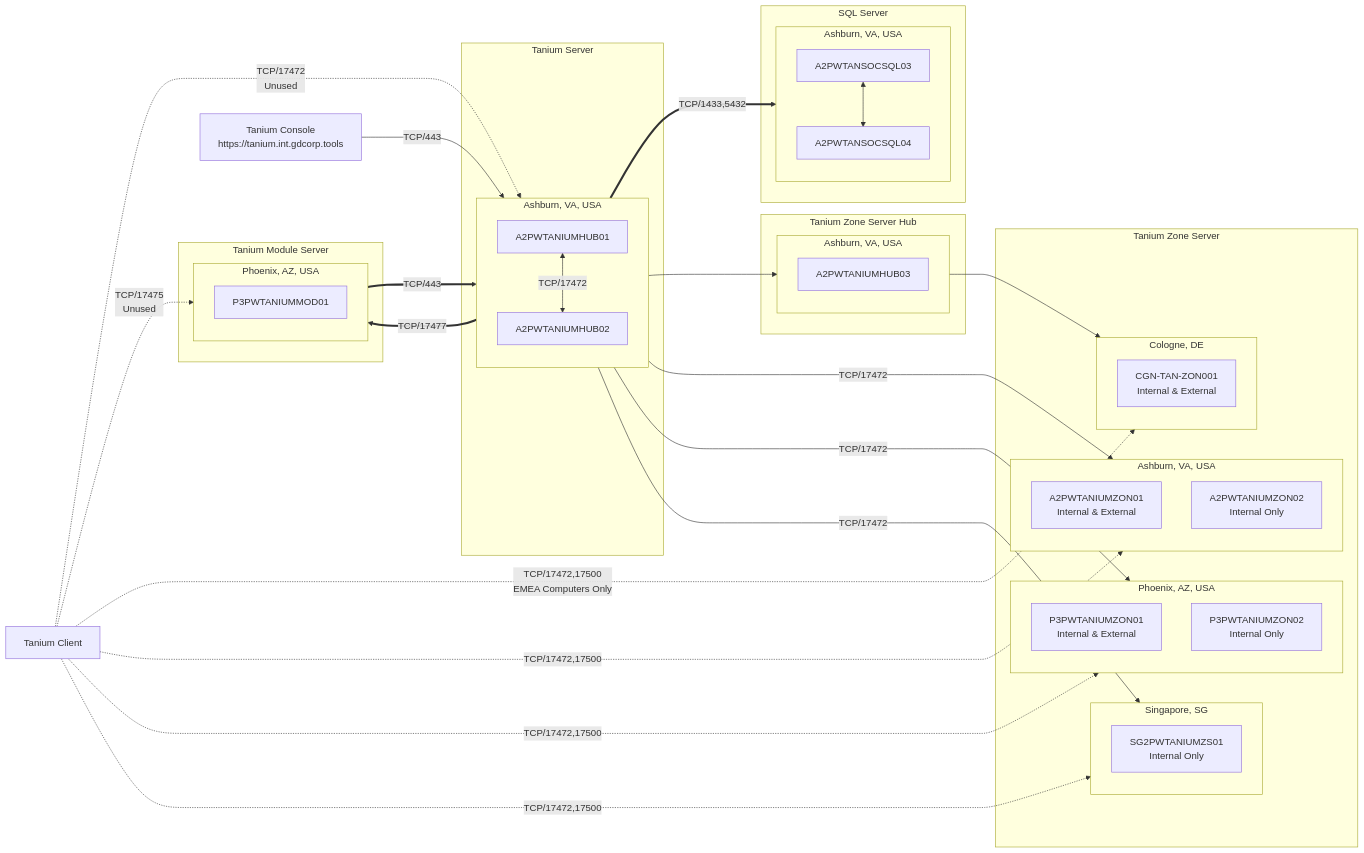
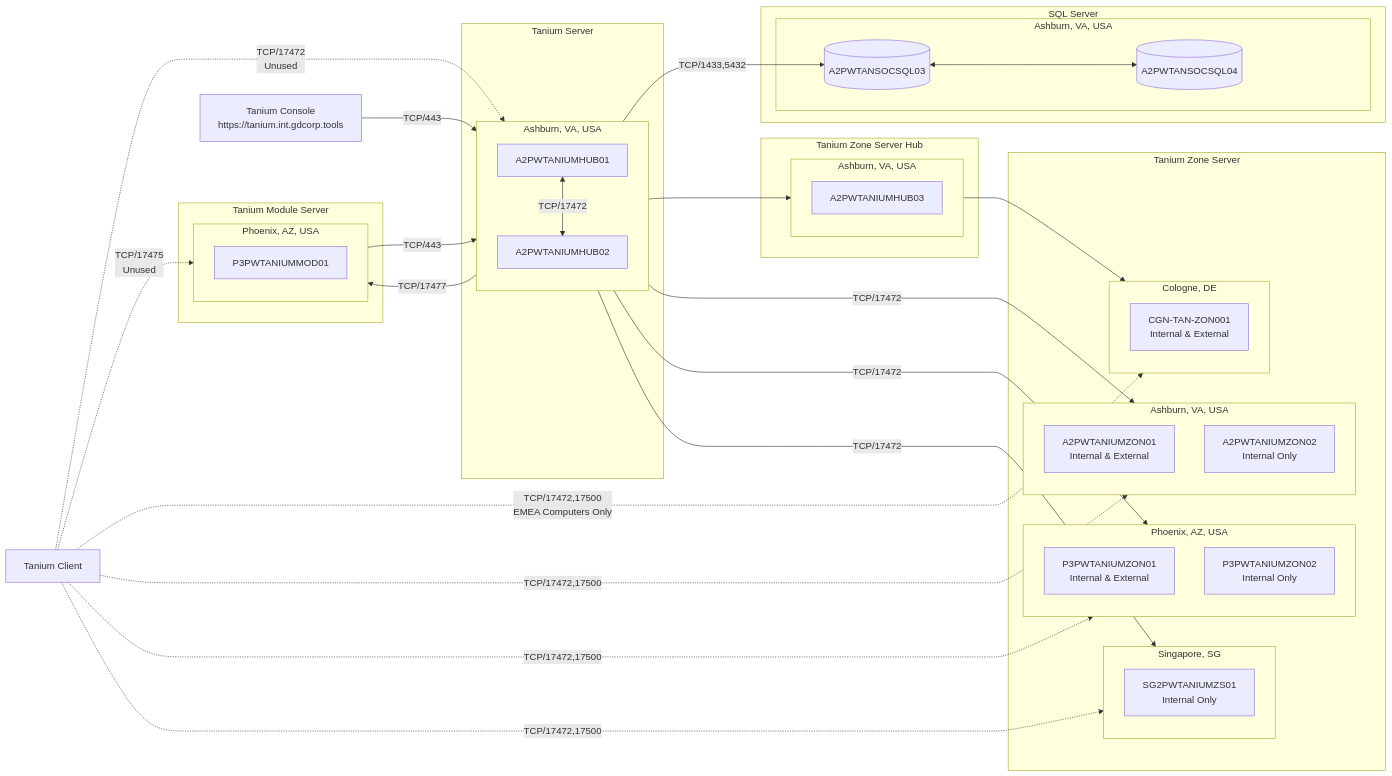
The diagram in docs/diagrams/src/tanium-architecture-prod-us.mmd (gdsec-test/tsa-tanium-config), drawn with Mermaid before and after one commit.

Commit message:
Update line thickness, adjust SQL visualisations

```diff
--- a/docs/diagrams/src/tanium-architecture-prod-us.mmd
+++ b/docs/diagrams/src/tanium-architecture-prod-us.mmd
@@ -1,72 +1,72 @@
 flowchart LR
     %% Define nodes and subgraphs
     subgraph TS["Tanium Server"]
         subgraph TS_A2["Ashburn, VA, USA"]
             TS_A2_1["A2PWTANIUMHUB01"]
             TS_A2_2["A2PWTANIUMHUB02"]
             TS_A2_1 <-->|"TCP/17472"| TS_A2_2
         end
     end
     subgraph MS["Tanium Module Server"]
         subgraph MS_P3["Phoenix, AZ, USA"]
             MS_P3_1["P3PWTANIUMMOD01"]
         end
     end
     subgraph ZS["Tanium Zone Server"]
         subgraph ZS_A2["Ashburn, VA, USA"]
             ZS_A2_1["A2PWTANIUMZON01<br/>Internal & External"]
             ZS_A2_2["A2PWTANIUMZON02<br/>Internal Only"]
         end
         subgraph ZS_P3["Phoenix, AZ, USA"]
             ZS_P3_1["P3PWTANIUMZON01<br/>Internal & External"]
             ZS_P3_2["P3PWTANIUMZON02<br/>Internal Only"]
         end
         subgraph ZS_SG2["Singapore, SG"]
             ZS_SG2_1["SG2PWTANIUMZS01<br/>Internal Only"]
         end
         subgraph ZS_CGN["Cologne, DE"]
             ZS_CGN_1["CGN-TAN-ZON001<br/>Internal & External"]
         end
     end
     subgraph ZH["Tanium Zone Server Hub"]
         subgraph ZH_A2["Ashburn, VA, USA"]
             ZH_A2_1["A2PWTANIUMHUB03"]
         end
     end
     subgraph SQL["SQL Server"]
         subgraph SQL_A2["Ashburn, VA, USA"]
-            SQL_A2_3["A2PWTANSOCSQL03"]
-            SQL_A2_4["A2PWTANSOCSQL04"]
+            SQL_A2_3[("A2PWTANSOCSQL03")]
+            SQL_A2_4[("A2PWTANSOCSQL04")]
             SQL_A2_3 <--> SQL_A2_4
         end
     end
     
     %% Define nodes not part of a subgraph
     TaniumClient["Tanium Client"]
     TaniumConsole["Tanium Console<br/>https://tanium.int.gdcorp.tools"]
 
     %% Define relationships
-    TS_A2 ==>|"TCP/17477"| MS_P3
-    MS_P3 ==>|"TCP/443"| TS_A2
-    TS_A2 ==>|"TCP/1433,5432"| SQL_A2
+    TS_A2 -->|"TCP/17477"| MS_P3
+    MS_P3 -->|"TCP/443"| TS_A2
+    TS_A2 -->|"TCP/1433,5432"| SQL_A2_3
     TS_A2 --> ZH_A2
     TS_A2 -->|"TCP/17472"| ZS_A2
     TS_A2 -->|"TCP/17472"| ZS_P3
     TS_A2 -->|"TCP/17472"| ZS_SG2
     ZH_A2 --> ZS_CGN
     TaniumClient -.->|"TCP/17472<br/>Unused"| TS_A2
     TaniumClient -.->|"TCP/17475<br/>Unused"| MS_P3
     TaniumClient -.->|"TCP/17472,17500<br/>EMEA Computers Only"| ZS_CGN
     TaniumClient -.->|"TCP/17472,17500"| ZS_A2
     TaniumClient -.->|"TCP/17472,17500"| ZS_P3
     TaniumClient -.->|"TCP/17472,17500"| ZS_SG2
     TaniumConsole -->|"TCP/443"| TS_A2
     
     %% Add hyperlinks
     click TaniumConsole "https://tanium.int.gdcorp.tools" "Tanium Console (VPN Required)"
 
     %% Define styles
     classDef className fill:#f9f,stroke:#333,stroke-width:4px;
     
     %% Assign styles
     %%class TaniumClient,TaniumClient_EMEA,Internal,Console className;
```
